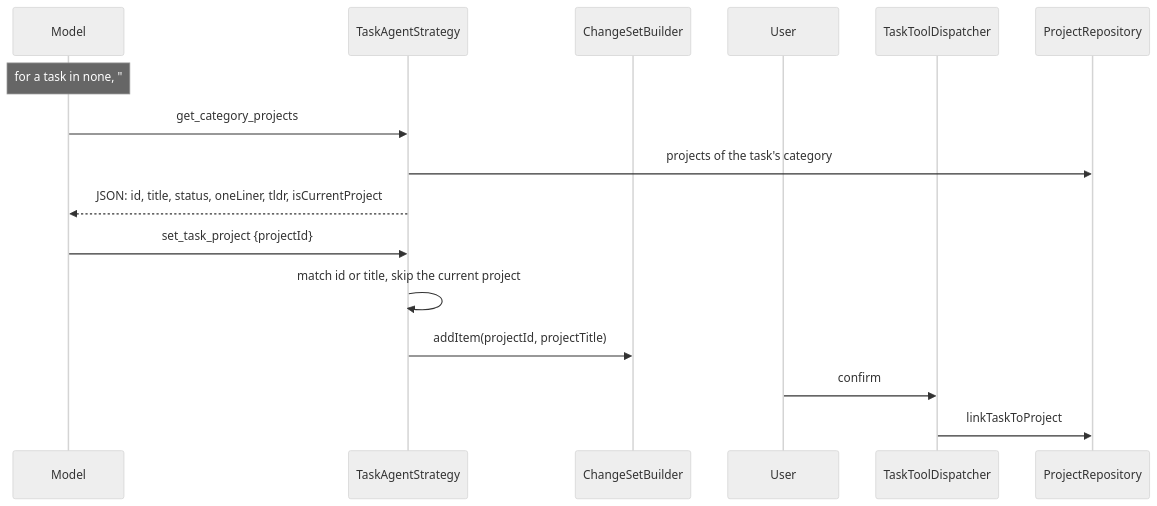
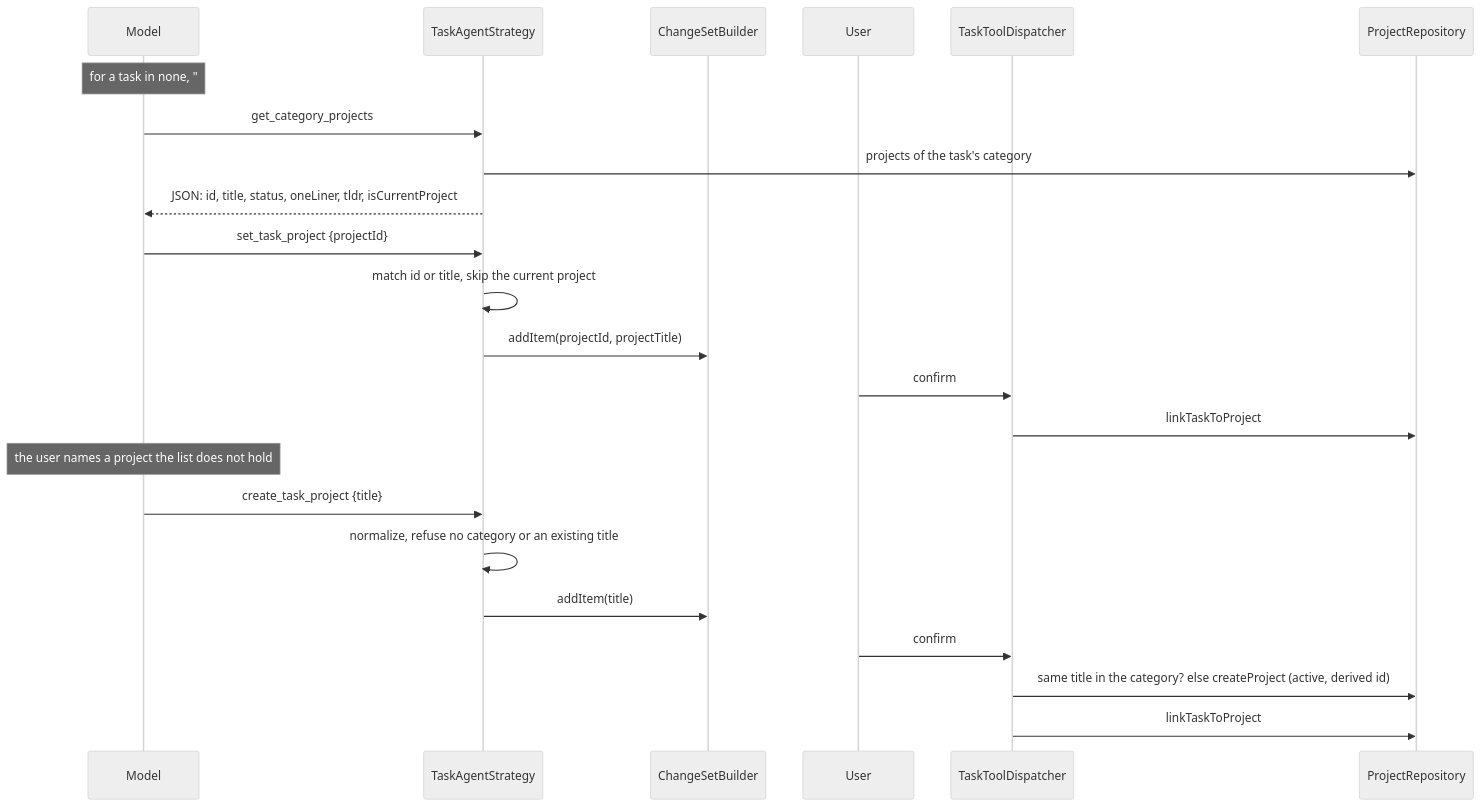
The seventh of 14 diagrams in knowledge/features/agents/task-agents.md (matthiasn/lotti), drawn with Mermaid (neutral theme) before and after one commit. The commit also changed other lines of this file and 49 other files, not shown here.

First line of the commit message:
feat(agents): the task agent proposes creating a project the user names

````diff
--- a/knowledge/features/agents/task-agents.md
+++ b/knowledge/features/agents/task-agents.md
@@ -944,18 +976,25 @@
 ```mermaid
 sequenceDiagram
   participant M as Model
   participant S as TaskAgentStrategy
   participant B as ChangeSetBuilder
   participant U as User
   participant D as TaskToolDispatcher
   participant P as ProjectRepository
   Note over M: for a task in none, "## Project" already lists these projects
   M->>S: get_category_projects
   S->>P: projects of the task's category
   S-->>M: JSON: id, title, status, oneLiner, tldr, isCurrentProject
   M->>S: set_task_project {projectId}
   S->>S: match id or title, skip the current project
   S->>B: addItem(projectId, projectTitle)
   U->>D: confirm
   D->>P: linkTaskToProject
+  Note over M: the user names a project the list does not hold
+  M->>S: create_task_project {title}
+  S->>S: normalize, refuse no category or an existing title
+  S->>B: addItem(title)
+  U->>D: confirm
+  D->>P: same title in the category? else createProject (active, derived id)
+  D->>P: linkTaskToProject
 ```
````
